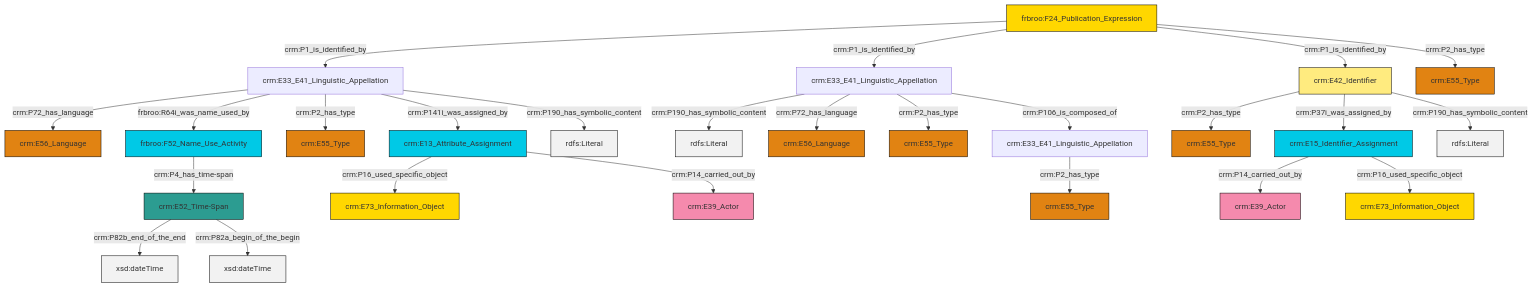
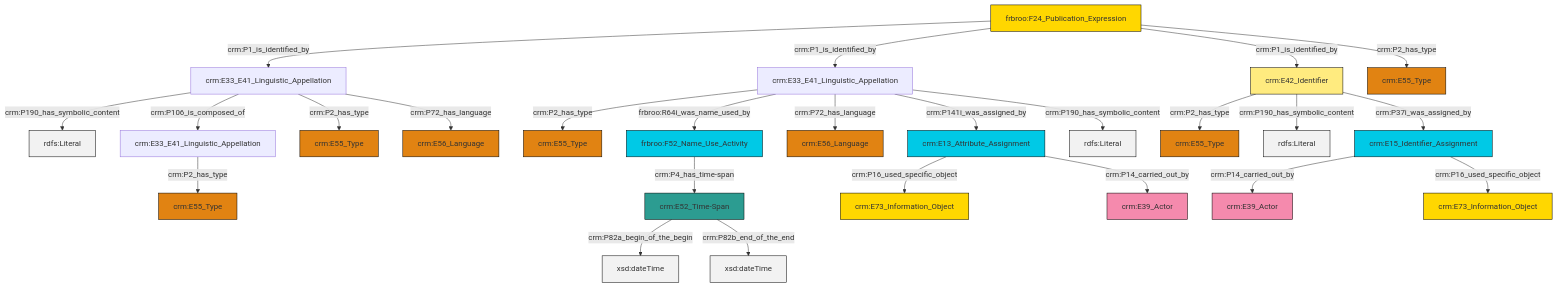
The diagram in et/biblioCSV/ttl/mmd/biblio_name.ttl.mmd (swiss-art-research-net/docs.swissartresearch), drawn with Mermaid before and after one commit. The commit also changed 172 other files, not shown here.

```diff
--- a/et/biblioCSV/ttl/mmd/biblio_name.ttl.mmd
+++ b/et/biblioCSV/ttl/mmd/biblio_name.ttl.mmd
@@ -1,39 +1,39 @@
 graph TD
 classDef Literal fill:#f2f2f2,stroke:#000000;
 classDef CRM_Entity fill:#FFFFFF,stroke:#000000;
 classDef Temporal_Entity fill:#00C9E6, stroke:#000000;
 classDef Type fill:#E18312, stroke:#000000;
 classDef Time-Span fill:#2C9C91, stroke:#000000;
 classDef Appellation fill:#FFEB7F, stroke:#000000;
 classDef Place fill:#008836, stroke:#000000;
 classDef Persistent_Item fill:#B266B2, stroke:#000000;
 classDef Conceptual_Object fill:#FFD700, stroke:#000000;
 classDef Physical_Thing fill:#D2B48C, stroke:#000000;
 classDef Actor fill:#f58aad, stroke:#000000;
 classDef PC_Classes fill:#4ce600, stroke:#000000;
 classDef Multi fill:#cccccc,stroke:#000000;
 
-2["crm:E42_Identifier"]:::Appellation -->|crm:P2_has_type| 3["crm:E55_Type"]:::Type
-2["crm:E42_Identifier"]:::Appellation -->|crm:P37i_was_assigned_by| 4["crm:E15_Identifier_Assignment"]:::Temporal_Entity
-6["crm:E33_E41_Linguistic_Appellation"]:::Default -->|crm:P72_has_language| 7["crm:E56_Language"]:::Type
-8["crm:E13_Attribute_Assignment"]:::Temporal_Entity -->|crm:P16_used_specific_object| 9["crm:E73_Information_Object"]:::Conceptual_Object
-6["crm:E33_E41_Linguistic_Appellation"]:::Default -->|frbroo:R64i_was_name_used_by| 10["frbroo:F52_Name_Use_Activity"]:::Temporal_Entity
-13["crm:E33_E41_Linguistic_Appellation"]:::Default -->|crm:P190_has_symbolic_content| 14[rdfs:Literal]:::Literal
-21["crm:E52_Time-Span"]:::Time-Span -->|crm:P82b_end_of_the_end| 24[xsd:dateTime]:::Literal
-4["crm:E15_Identifier_Assignment"]:::Temporal_Entity -->|crm:P14_carried_out_by| 25["crm:E39_Actor"]:::Actor
-6["crm:E33_E41_Linguistic_Appellation"]:::Default -->|crm:P2_has_type| 26["crm:E55_Type"]:::Type
-13["crm:E33_E41_Linguistic_Appellation"]:::Default -->|crm:P72_has_language| 0["crm:E56_Language"]:::Type
-10["frbroo:F52_Name_Use_Activity"]:::Temporal_Entity -->|crm:P4_has_time-span| 21["crm:E52_Time-Span"]:::Time-Span
-13["crm:E33_E41_Linguistic_Appellation"]:::Default -->|crm:P2_has_type| 11["crm:E55_Type"]:::Type
-28["frbroo:F24_Publication_Expression"]:::Conceptual_Object -->|crm:P1_is_identified_by| 6["crm:E33_E41_Linguistic_Appellation"]:::Default
-4["crm:E15_Identifier_Assignment"]:::Temporal_Entity -->|crm:P16_used_specific_object| 31["crm:E73_Information_Object"]:::Conceptual_Object
-6["crm:E33_E41_Linguistic_Appellation"]:::Default -->|crm:P141i_was_assigned_by| 8["crm:E13_Attribute_Assignment"]:::Temporal_Entity
-8["crm:E13_Attribute_Assignment"]:::Temporal_Entity -->|crm:P14_carried_out_by| 19["crm:E39_Actor"]:::Actor
-2["crm:E42_Identifier"]:::Appellation -->|crm:P190_has_symbolic_content| 33[rdfs:Literal]:::Literal
-6["crm:E33_E41_Linguistic_Appellation"]:::Default -->|crm:P190_has_symbolic_content| 34[rdfs:Literal]:::Literal
-13["crm:E33_E41_Linguistic_Appellation"]:::Default -->|crm:P106_is_composed_of| 36["crm:E33_E41_Linguistic_Appellation"]:::Default
-21["crm:E52_Time-Span"]:::Time-Span -->|crm:P82a_begin_of_the_begin| 40[xsd:dateTime]:::Literal
-28["frbroo:F24_Publication_Expression"]:::Conceptual_Object -->|crm:P1_is_identified_by| 13["crm:E33_E41_Linguistic_Appellation"]:::Default
-28["frbroo:F24_Publication_Expression"]:::Conceptual_Object -->|crm:P1_is_identified_by| 2["crm:E42_Identifier"]:::Appellation
-36["crm:E33_E41_Linguistic_Appellation"]:::Default -->|crm:P2_has_type| 17["crm:E55_Type"]:::Type
-28["frbroo:F24_Publication_Expression"]:::Conceptual_Object -->|crm:P2_has_type| 44["crm:E55_Type"]:::Type
+4["crm:E42_Identifier"]:::Appellation -->|crm:P2_has_type| 5["crm:E55_Type"]:::Type
+6["crm:E52_Time-Span"]:::Time-Span -->|crm:P82a_begin_of_the_begin| 7[xsd:dateTime]:::Literal
+8["crm:E33_E41_Linguistic_Appellation"]:::Default -->|crm:P2_has_type| 2["crm:E55_Type"]:::Type
+11["frbroo:F24_Publication_Expression"]:::Conceptual_Object -->|crm:P1_is_identified_by| 12["crm:E33_E41_Linguistic_Appellation"]:::Default
+11["frbroo:F24_Publication_Expression"]:::Conceptual_Object -->|crm:P1_is_identified_by| 8["crm:E33_E41_Linguistic_Appellation"]:::Default
+8["crm:E33_E41_Linguistic_Appellation"]:::Default -->|frbroo:R64i_was_name_used_by| 13["frbroo:F52_Name_Use_Activity"]:::Temporal_Entity
+8["crm:E33_E41_Linguistic_Appellation"]:::Default -->|crm:P72_has_language| 14["crm:E56_Language"]:::Type
+17["crm:E15_Identifier_Assignment"]:::Temporal_Entity -->|crm:P14_carried_out_by| 18["crm:E39_Actor"]:::Actor
+12["crm:E33_E41_Linguistic_Appellation"]:::Default -->|crm:P190_has_symbolic_content| 19[rdfs:Literal]:::Literal
+12["crm:E33_E41_Linguistic_Appellation"]:::Default -->|crm:P106_is_composed_of| 21["crm:E33_E41_Linguistic_Appellation"]:::Default
+8["crm:E33_E41_Linguistic_Appellation"]:::Default -->|crm:P141i_was_assigned_by| 22["crm:E13_Attribute_Assignment"]:::Temporal_Entity
+21["crm:E33_E41_Linguistic_Appellation"]:::Default -->|crm:P2_has_type| 23["crm:E55_Type"]:::Type
+4["crm:E42_Identifier"]:::Appellation -->|crm:P190_has_symbolic_content| 28[rdfs:Literal]:::Literal
+12["crm:E33_E41_Linguistic_Appellation"]:::Default -->|crm:P2_has_type| 9["crm:E55_Type"]:::Type
+11["frbroo:F24_Publication_Expression"]:::Conceptual_Object -->|crm:P1_is_identified_by| 4["crm:E42_Identifier"]:::Appellation
+11["frbroo:F24_Publication_Expression"]:::Conceptual_Object -->|crm:P2_has_type| 29["crm:E55_Type"]:::Type
+4["crm:E42_Identifier"]:::Appellation -->|crm:P37i_was_assigned_by| 17["crm:E15_Identifier_Assignment"]:::Temporal_Entity
+13["frbroo:F52_Name_Use_Activity"]:::Temporal_Entity -->|crm:P4_has_time-span| 6["crm:E52_Time-Span"]:::Time-Span
+8["crm:E33_E41_Linguistic_Appellation"]:::Default -->|crm:P190_has_symbolic_content| 37[rdfs:Literal]:::Literal
+22["crm:E13_Attribute_Assignment"]:::Temporal_Entity -->|crm:P16_used_specific_object| 32["crm:E73_Information_Object"]:::Conceptual_Object
+22["crm:E13_Attribute_Assignment"]:::Temporal_Entity -->|crm:P14_carried_out_by| 38["crm:E39_Actor"]:::Actor
+17["crm:E15_Identifier_Assignment"]:::Temporal_Entity -->|crm:P16_used_specific_object| 0["crm:E73_Information_Object"]:::Conceptual_Object
+12["crm:E33_E41_Linguistic_Appellation"]:::Default -->|crm:P72_has_language| 41["crm:E56_Language"]:::Type
+6["crm:E52_Time-Span"]:::Time-Span -->|crm:P82b_end_of_the_end| 43[xsd:dateTime]:::Literal
```
